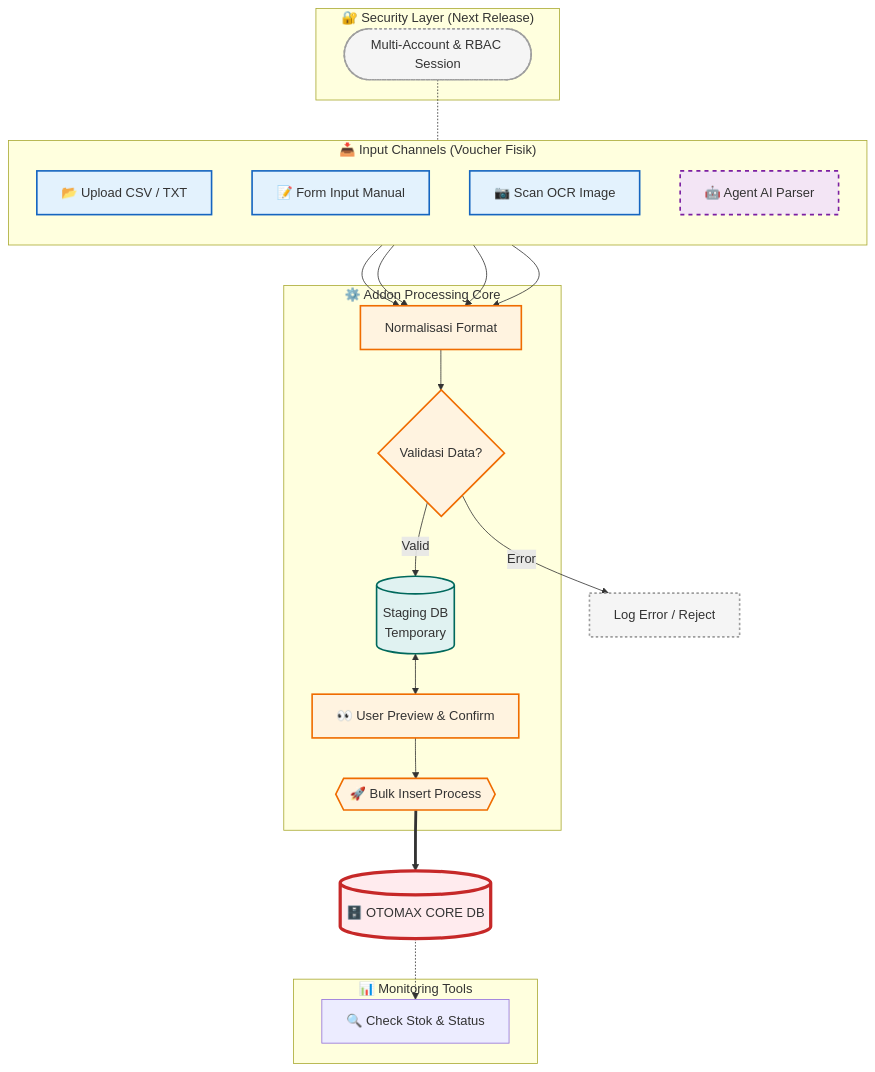
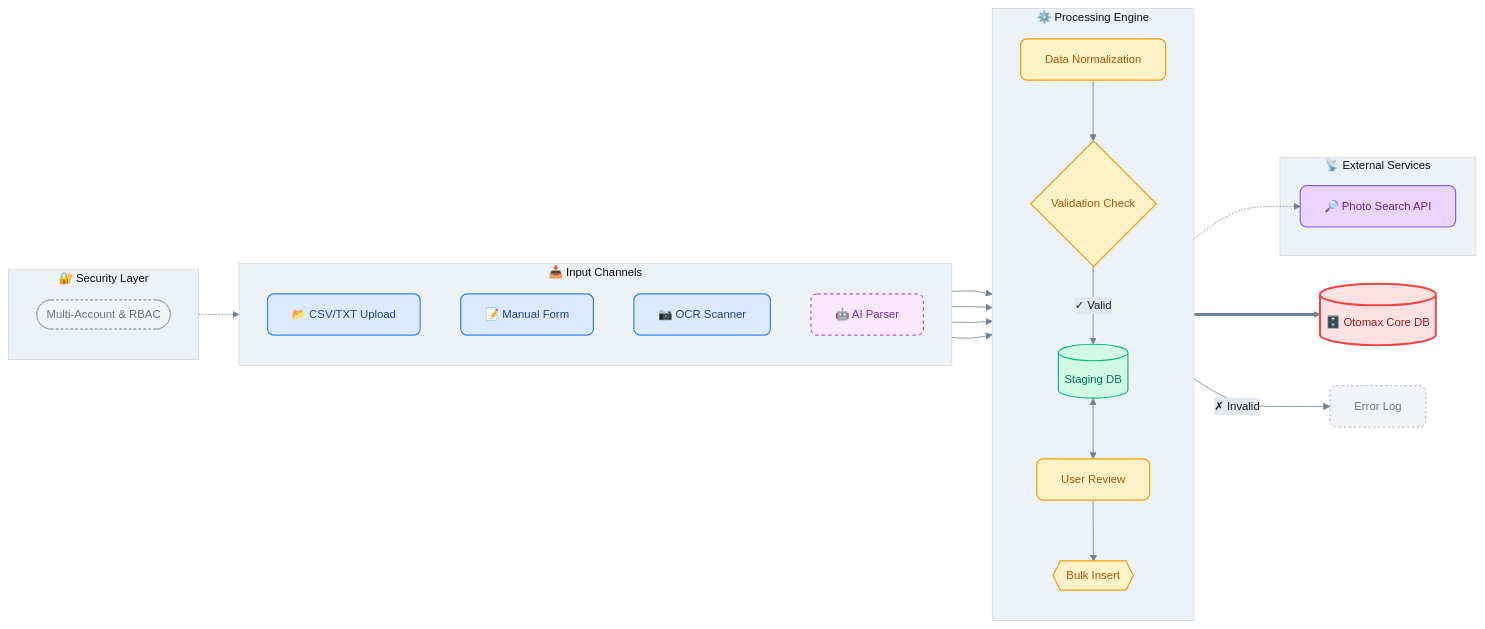
Before and after one commit to hasanmaki/mkit_input_voucher: the diagram in README.md, drawn with Mermaid. The commit also changed other lines of this file and 1 other file, not shown here.

````diff
--- a/README.md
+++ b/README.md
@@ -26,66 +42,72 @@
 ```mermaid
-graph TD
-    %% --- STYLING ---
-    classDef input fill:#e3f2fd,stroke:#1565c0,stroke-width:2px;
-    classDef ai fill:#f3e5f5,stroke:#7b1fa2,stroke-width:2px,stroke-dasharray: 5 5;
-    classDef process fill:#fff3e0,stroke:#ef6c00,stroke-width:2px;
-    classDef db fill:#e0f2f1,stroke:#00695c,stroke-width:2px;
-    classDef otomax fill:#ffebee,stroke:#c62828,stroke-width:4px;
-    classDef future fill:#f5f5f5,stroke:#9e9e9e,stroke-width:2px,stroke-dasharray: 3 3;
+%%{init: {'theme':'base', 'themeVariables': { 'primaryColor':'#f0f4f8','primaryTextColor':'#1a202c','primaryBorderColor':'#cbd5e0','lineColor':'#718096','secondaryColor':'#e2e8f0','tertiaryColor':'#edf2f7','fontSize':'14px','fontFamily':'Inter, system-ui, sans-serif'}}}%%
 
-    %% --- FUTURE FEATURE (RBAC) ---
-    subgraph Security ["🔐 Security Layer (Next Release)"]
-        RBAC([Multi-Account & RBAC Session])
+graph LR
+    %% Modern minimal styling
+    classDef inputNode fill:#dbeafe,stroke:#3b82f6,stroke-width:1.5px,rx:8,color:#1e40af
+    classDef aiNode fill:#fae8ff,stroke:#a855f7,stroke-width:1.5px,rx:8,color:#7e22ce,stroke-dasharray:4 4
+    classDef processNode fill:#fef3c7,stroke:#f59e0b,stroke-width:1.5px,rx:8,color:#b45309
+    classDef dbNode fill:#d1fae5,stroke:#10b981,stroke-width:1.5px,color:#047857
+    classDef criticalNode fill:#fee2e2,stroke:#ef4444,stroke-width:2.5px,rx:8,color:#991b1b
+    classDef apiNode fill:#e9d5ff,stroke:#8b5cf6,stroke-width:1.5px,rx:8,color:#6b21a8
+    classDef futureNode fill:#f3f4f6,stroke:#9ca3af,stroke-width:1px,rx:8,color:#6b7280,stroke-dasharray:3 3
+
+    %% Security Layer
+    subgraph Security["🔐 Security Layer"]
+        direction TB
+        RBAC([Multi-Account & RBAC])
     end
 
-    %% --- INPUT CHANNELS ---
-    subgraph Sources ["📥 Input Channels (Voucher Fisik)"]
+    %% Input Channels
+    subgraph Sources["📥 Input Channels"]
         direction TB
-        CSV[📂 Upload CSV / TXT]
-        Form[📝 Form Input Manual]
-        OCR[📷 Scan OCR Image]
-        AI[🤖 Agent AI Parser]
+        CSV[📂 CSV/TXT Upload]
+        Form[📝 Manual Form]
+        OCR[📷 OCR Scanner]
+        AI[🤖 AI Parser]
     end
 
-    %% --- CORE LOGIC ---
-    subgraph Core_Engine ["⚙️ Addon Processing Core"]
-        Normalize[Normalisasi Format]
-        Validate{Validasi Data?}
-        Staging[(Staging DB\nTemporary)]
-        Preview[👀 User Preview & Confirm]
-        BulkIns{{🚀 Bulk Insert Process}}
+    %% Processing Core
+    subgraph Core["⚙️ Processing Engine"]
+        direction TB
+        Normalize[Data Normalization]
+        Validate{Validation Check}
+        Staging[(Staging DB)]
+        Preview[User Review]
+        BulkIns{{Bulk Insert}}
     end
 
-    %% --- MONITORING ---
-    subgraph Monitoring ["📊 Monitoring Tools"]
-        Stock[🔍 Check Stok & Status]
+    %% External Services
+    subgraph External["📡 External Services"]
+        APISearch[🔎 Photo Search API]
     end
 
-    %% --- EXTERNAL SYSTEM ---
-    OtomaxDB[("🗄️ OTOMAX CORE DB")]
+    %% Core System
+    OtomaxDB[(🗄️ Otomax Core DB)]
 
-    %% --- RELATIONS ---
-    RBAC -.- Sources
+    %% Flow connections
+    RBAC -.-> Sources
 
-    CSV & Form & OCR & AI --> Normalize
+    CSV --> Normalize
+    Form --> Normalize
+    OCR --> Normalize
+    AI --> Normalize
+
     Normalize --> Validate
-
-    Validate -- "Valid" --> Staging
-    Validate -- "Error" --> ErrorLog[Log Error / Reject]
+    Validate -->|✓ Valid| Staging
+    Validate -->|✗ Invalid| ErrorLog[Error Log]
 
     Staging <--> Preview
+    Staging -.-> APISearch
     Preview --> BulkIns
+    BulkIns ==> OtomaxDB
 
-    BulkIns ==> OtomaxDB
-    OtomaxDB -.-> Stock
-
-    %% --- APPLY STYLES ---
-    class CSV,Form,OCR input;
-    class AI ai;
-    class Normalize,Validate,Preview,BulkIns process;
-    class Staging,OtomaxDB db;
-    class RBAC,ErrorLog future;
-    class OtomaxDB otomax;
-
-
+    %% Apply modern styles
+    class CSV,Form,OCR inputNode
+    class AI aiNode
+    class Normalize,Validate,Preview,BulkIns processNode
+    class Staging,OtomaxDB dbNode
+    class RBAC,ErrorLog futureNode
+    class OtomaxDB criticalNode
+    class APISearch apiNode
 ```
````
